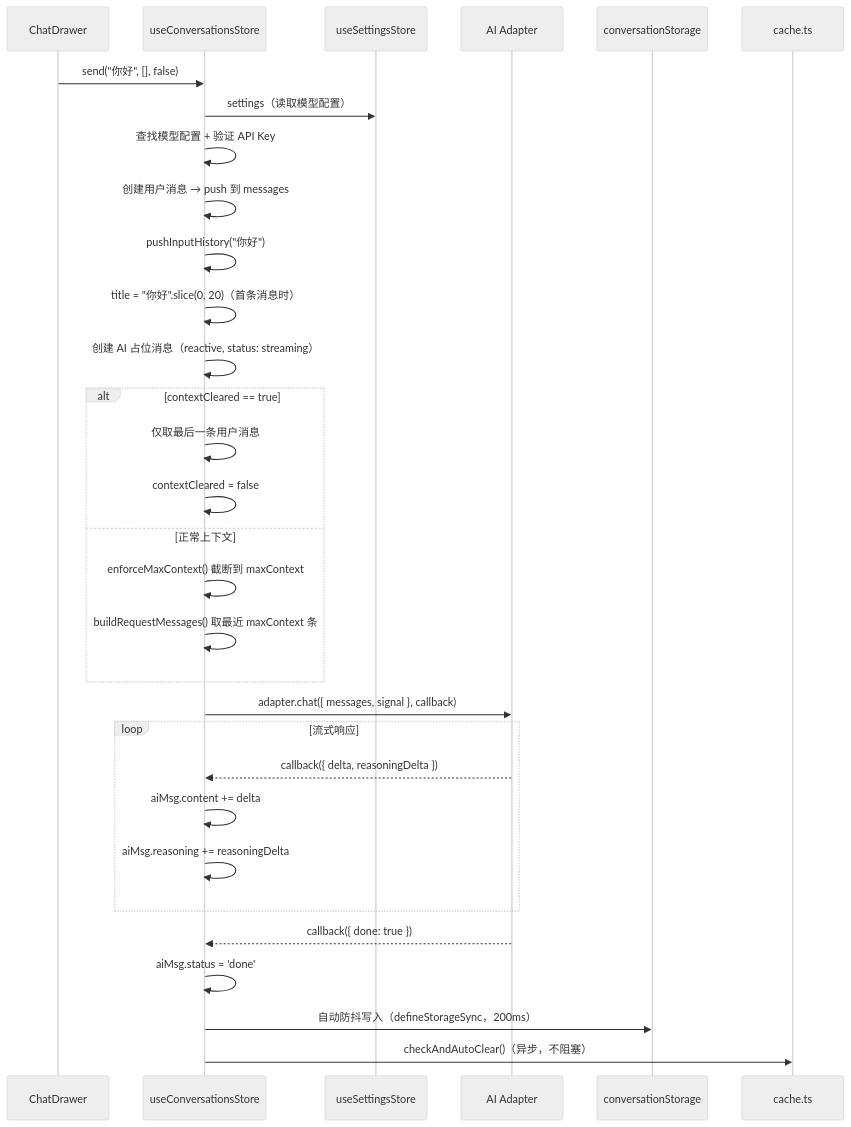
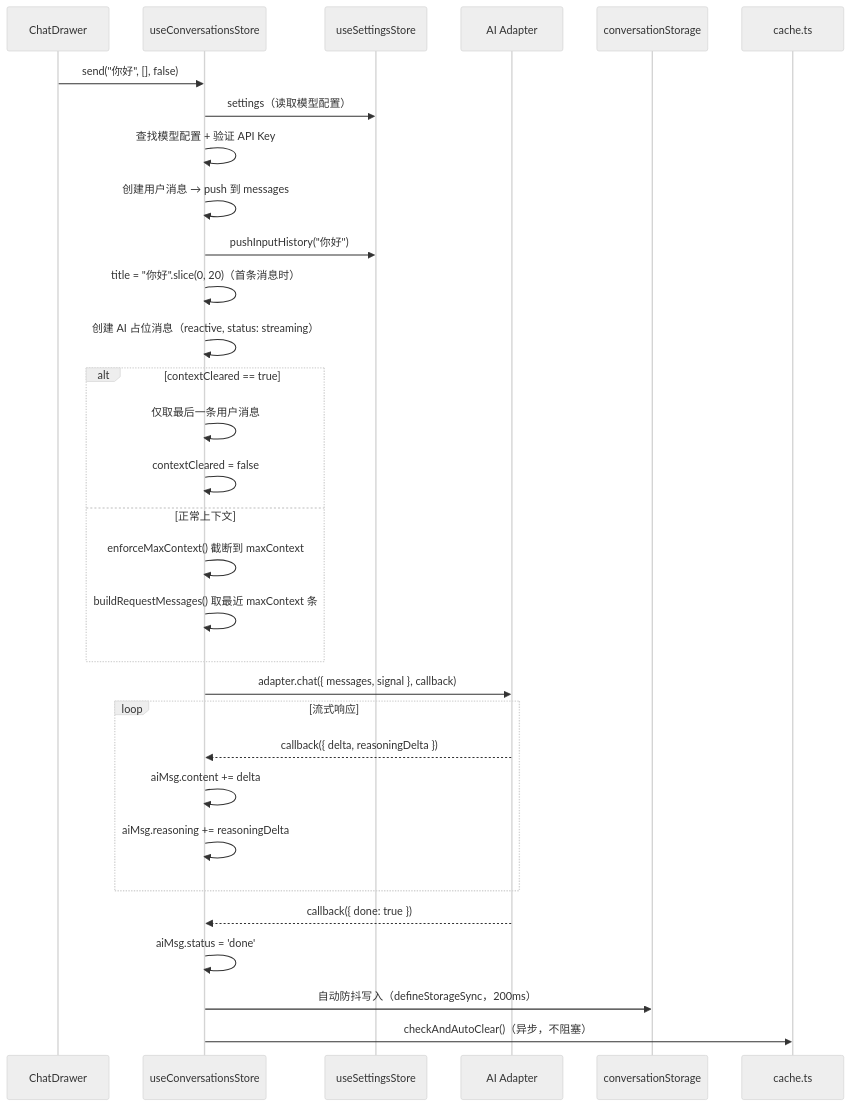
One commit to zw123zw/ai-browser changed the seventh of 10 diagrams in docs/architecture/state-management.md. Above: the diagram before and after it, drawn with Mermaid (neutral theme). The commit also changed other lines of this file and 13 other files, not shown here.

````diff
--- a/docs/architecture/state-management.md
+++ b/docs/architecture/state-management.md
@@ -1227,39 +1183,39 @@
 ```mermaid
 sequenceDiagram
     participant UI as ChatDrawer
     participant CS as useConversationsStore
     participant SS as useSettingsStore
     participant AD as AI Adapter
     participant STG as conversationStorage
     participant Cache as cache.ts
 
     UI->>CS: send("你好", [], false)
     CS->>SS: settings（读取模型配置）
     CS->>CS: 查找模型配置 + 验证 API Key
 
     CS->>CS: 创建用户消息 → push 到 messages
-    CS->>CS: pushInputHistory("你好")
+    CS->>SS: pushInputHistory("你好")
     CS->>CS: title = "你好".slice(0, 20)（首条消息时）
 
     CS->>CS: 创建 AI 占位消息（reactive, status: streaming）
 
     alt contextCleared == true
         CS->>CS: 仅取最后一条用户消息
         CS->>CS: contextCleared = false
     else 正常上下文
         CS->>CS: enforceMaxContext() 截断到 maxContext
         CS->>CS: buildRequestMessages() 取最近 maxContext 条
     end
 
     CS->>AD: adapter.chat({ messages, signal }, callback)
     loop 流式响应
         AD-->>CS: callback({ delta, reasoningDelta })
         CS->>CS: aiMsg.content += delta
         CS->>CS: aiMsg.reasoning += reasoningDelta
     end
     AD-->>CS: callback({ done: true })
     CS->>CS: aiMsg.status = 'done'
 
     CS->>STG: 自动防抖写入（defineStorageSync，200ms）
     CS->>Cache: checkAndAutoClear()（异步，不阻塞）
 ```
````
